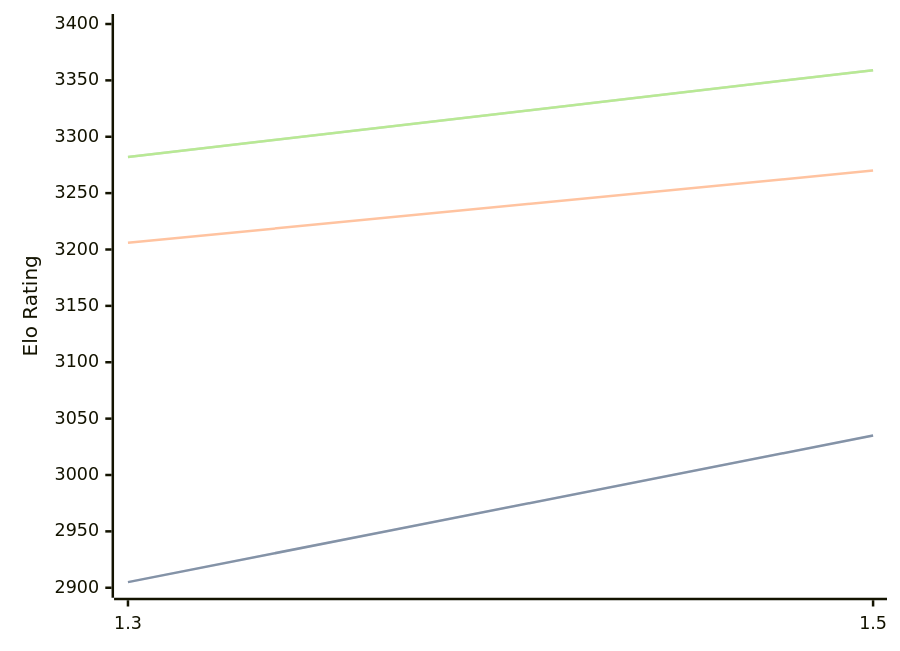
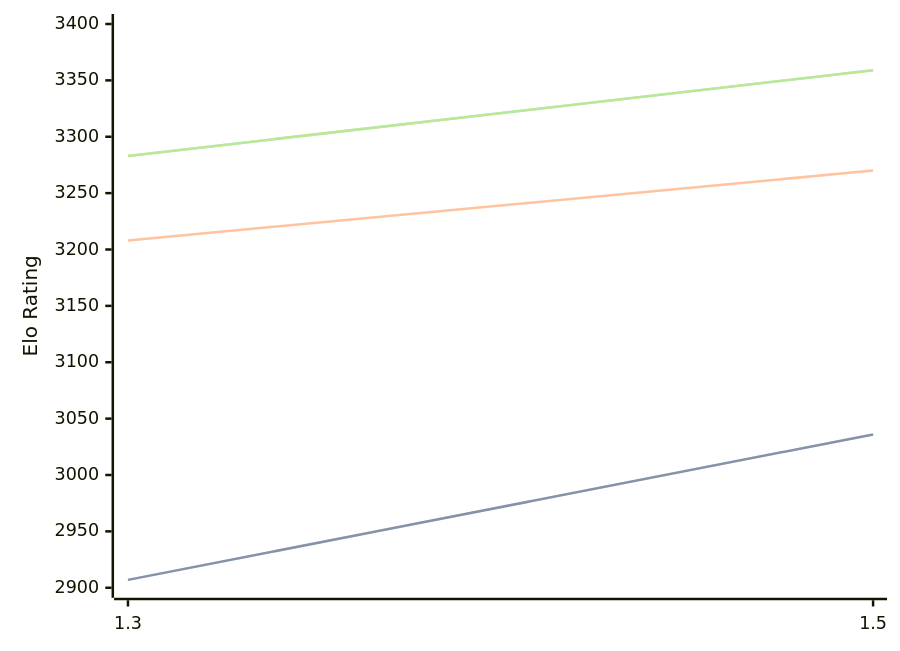
Before and after one commit to computer-chess-index/cci: the diagram in engines/Lambergar.md, drawn with Mermaid. The commit also changed other lines of this file, not shown here.

Commit message:
Update CCI Ratings (ELO VLTC) - 2026-08-22

````diff
--- a/engines/Lambergar.md
+++ b/engines/Lambergar.md
@@ -32,11 +32,11 @@
 ```mermaid
 %%{init: {"theme":"base","themeVariables":{"seriesColors:['#a3a3a3','#222221','#faa371']}}}%%
 xychart-beta
   x-axis ["1.3", "1.5"]
   y-axis "Elo Rating" 2900 --> 3400
-  line "STC (8.0+0.08s)" [2905, 3035]
-  line "STC (8.0+0.08s)" [2905, 3035]
-  line "LTC (60.0+0.60s)" [3206, 3270]
-  line "VLTC (2m24s+1.12s)" [3282, 3359]
-  line "VLTC (2m24s+1.12s)" [3282, 3359]
+  line "STC (8.0+0.08s)" [2907, 3036]
+  line "STC (8.0+0.08s)" [2907, 3036]
+  line "LTC (60.0+0.60s)" [3208, 3270]
+  line "VLTC (2m24s+1.12s)" [3283, 3359]
+  line "VLTC (2m24s+1.12s)" [3283, 3359]
 ```
````
